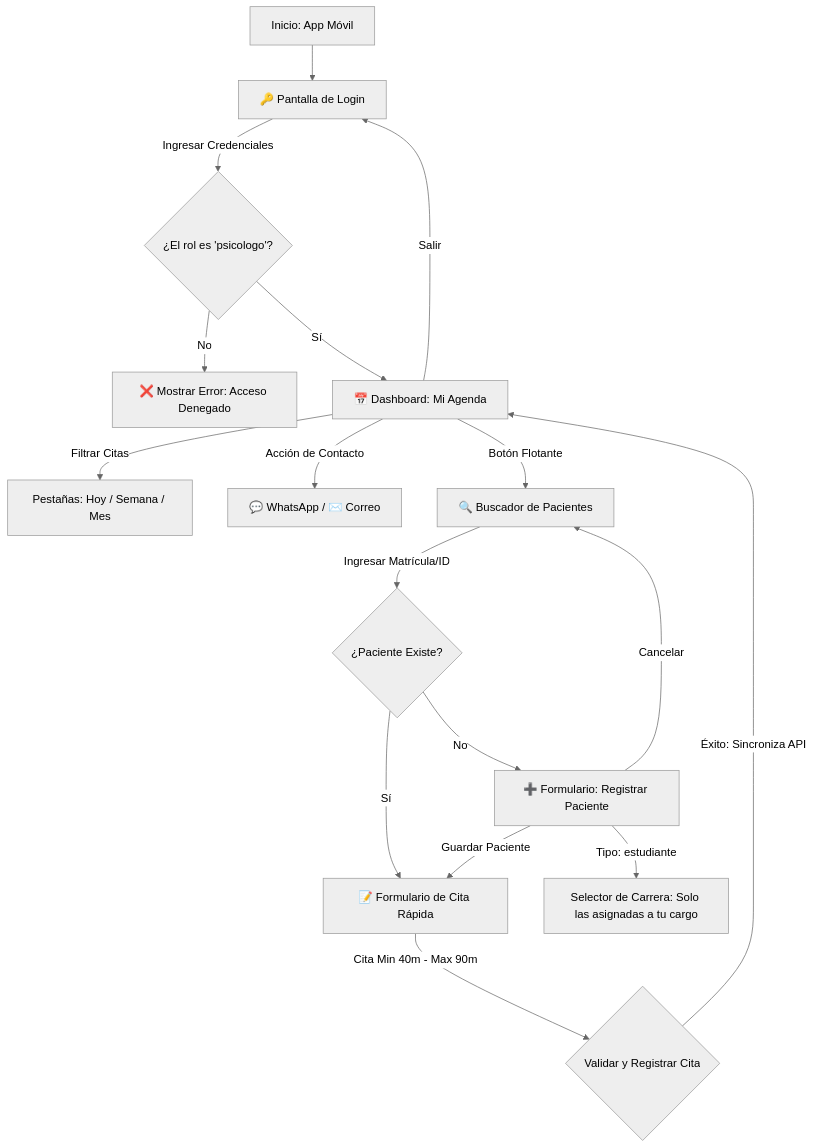
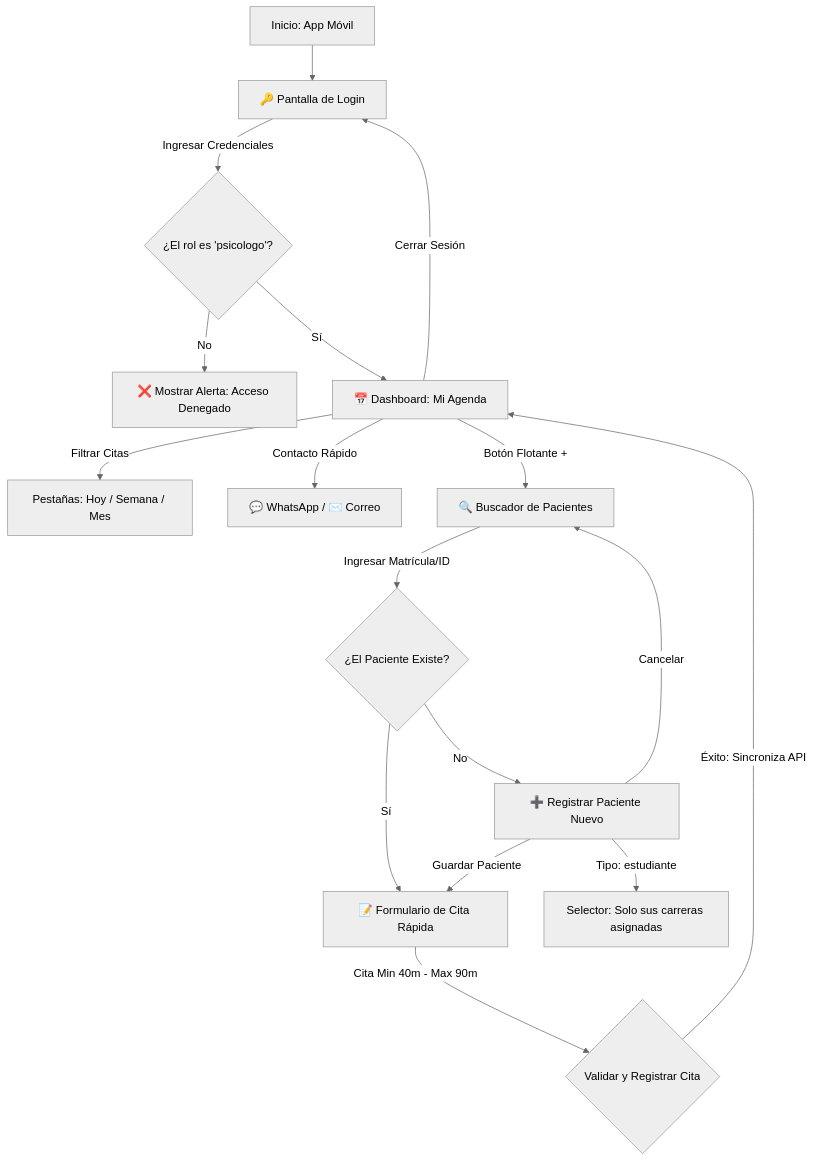
The diagram in AppEHR/README.md (EdgarGmz/ElectronicHealthRecord), drawn with Mermaid (neutral theme) before and after one commit. The commit also changed other lines of this file and 4 other files, not shown here.

````diff
--- a/AppEHR/README.md
+++ b/AppEHR/README.md
@@ -11,23 +26,23 @@
 ```mermaid
 graph TD
     A[Inicio: App Móvil] --> B[🔑 Pantalla de Login]
     B -->|Ingresar Credenciales| C{¿El rol es 'psicologo'?}
-    C -->|No| D[❌ Mostrar Error: Acceso Denegado]
+    C -->|No| D[❌ Mostrar Alerta: Acceso Denegado]
     C -->|Sí| E[📅 Dashboard: Mi Agenda]
     
     E -->|Filtrar Citas| F[Pestañas: Hoy / Semana / Mes]
-    E -->|Acción de Contacto| G[💬 WhatsApp / ✉️ Correo]
-    E -->|Salir| B
-    E -->|Botón Flotante| H[🔍 Buscador de Pacientes]
+    E -->|Contacto Rápido| G[💬 WhatsApp / ✉️ Correo]
+    E -->|Cerrar Sesión| B
+    E -->|Botón Flotante +| H[🔍 Buscador de Pacientes]
     
-    H -->|Ingresar Matrícula/ID| I{¿Paciente Existe?}
+    H -->|Ingresar Matrícula/ID| I{¿El Paciente Existe?}
     I -->|Sí| J[📝 Formulario de Cita Rápida]
-    I -->|No| K[➕ Formulario: Registrar Paciente]
+    I -->|No| K[➕ Registrar Paciente Nuevo]
     
-    K -->|Tipo: estudiante| L[Selector de Carrera: Solo las asignadas a tu cargo]
+    K -->|Tipo: estudiante| L[Selector: Solo sus carreras asignadas]
     K -->|Guardar Paciente| J
     K -->|Cancelar| H
     
     J -->|Cita Min 40m - Max 90m| M{Validar y Registrar Cita}
     M -->|Éxito: Sincroniza API| E
 ```
````
